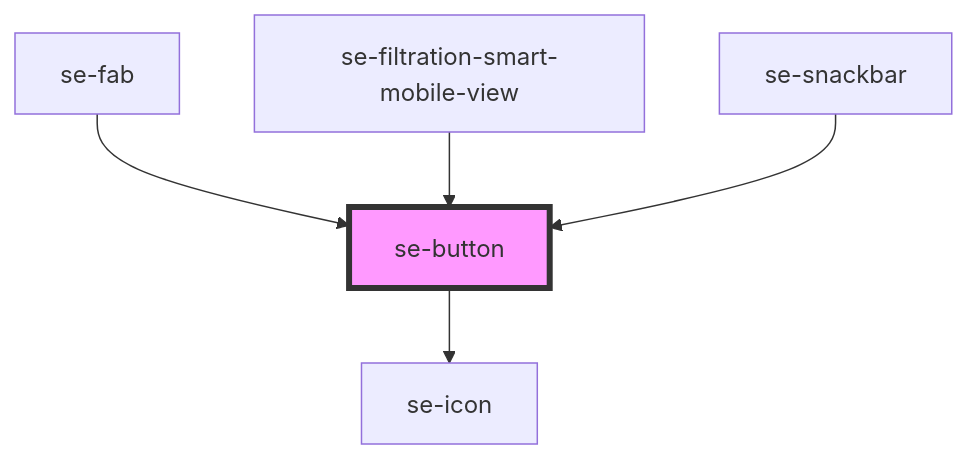
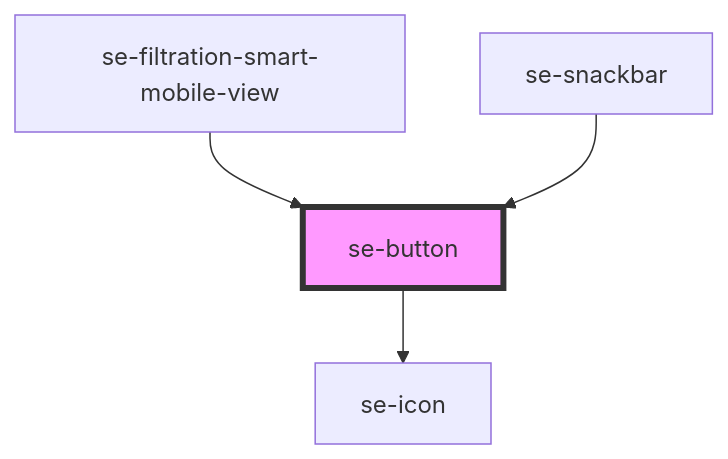
The diagram in libs/core/src/components/button/readme.md (robbiemcmullense/se-web-ui), drawn with Mermaid before and after one commit. The commit also changed other lines of this file and 11 other files, not shown here.

````diff
--- a/libs/core/src/components/button/readme.md
+++ b/libs/core/src/components/button/readme.md
@@ -73,8 +72,7 @@
 ```mermaid
 graph TD;
   se-button --> se-icon
-  se-fab --> se-button
   se-filtration-smart-mobile-view --> se-button
   se-snackbar --> se-button
   style se-button fill:#f9f,stroke:#333,stroke-width:4px
 ```
````
